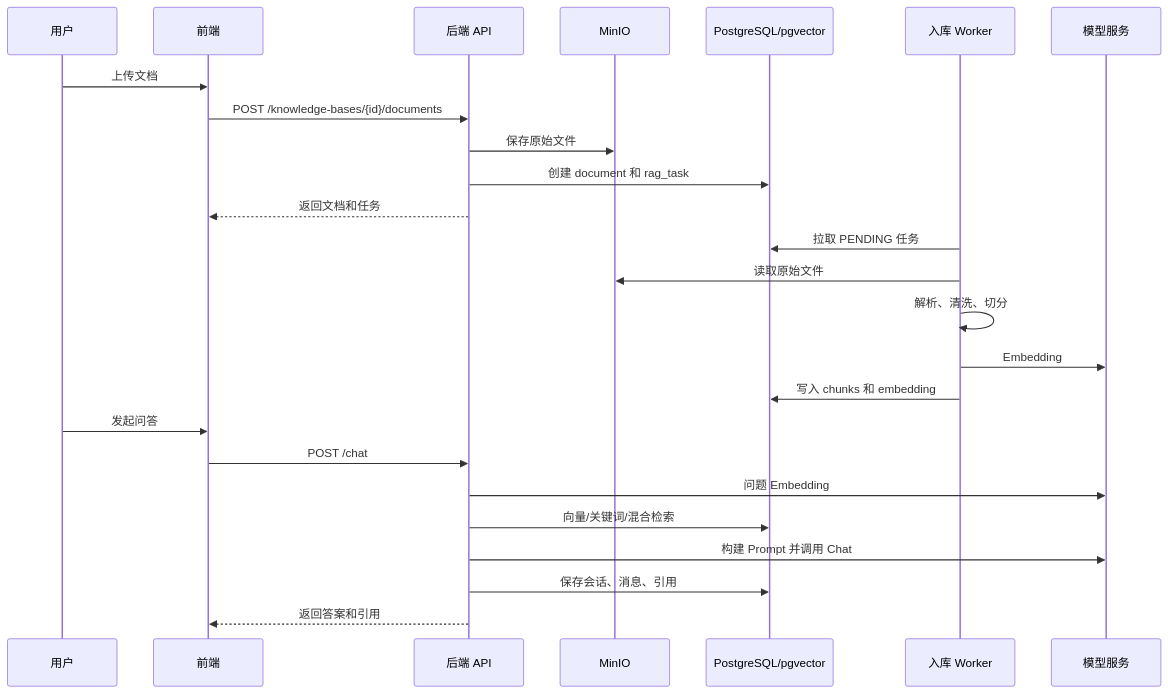
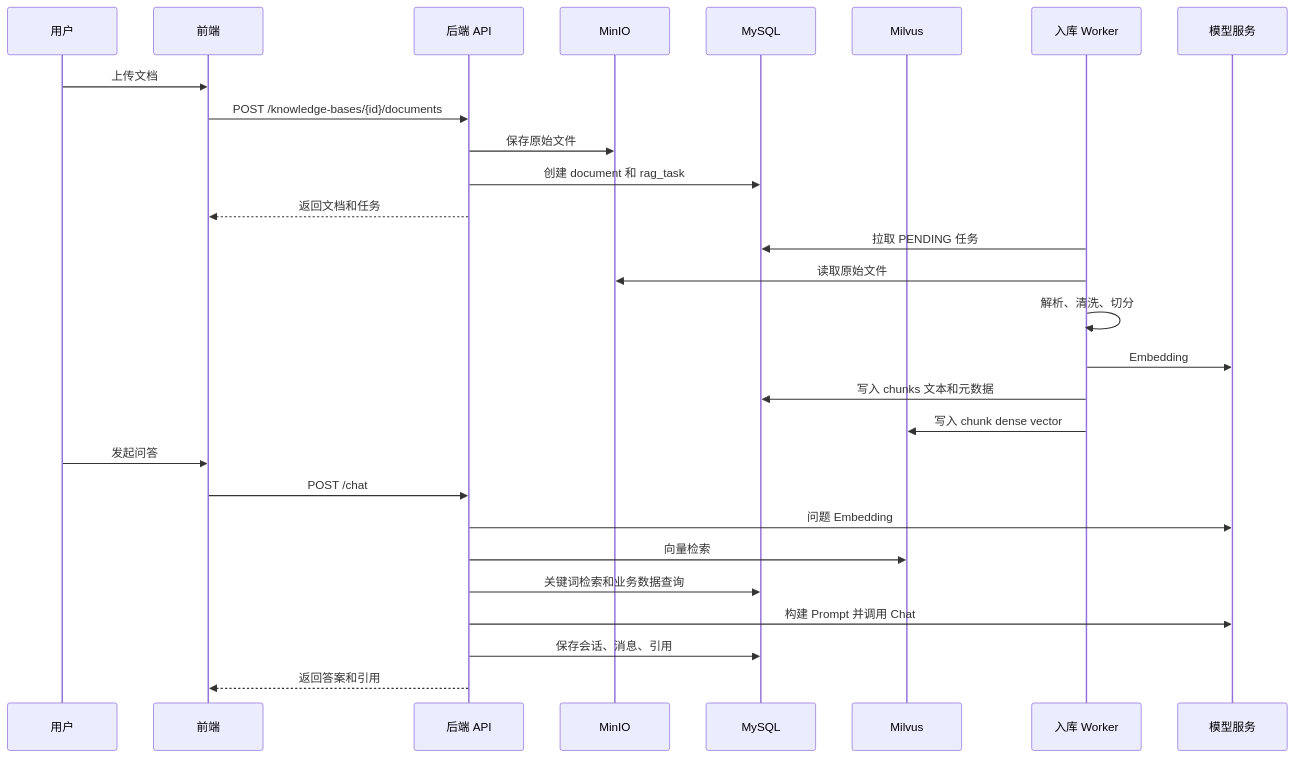
Before and after one commit to sbw-better/rag-knowledge-base: the second of 2 diagrams in docs/02-architecture.md, drawn with Mermaid. The commit also changed other lines of this file and 88 other files, not shown here.

````diff
--- a/docs/02-architecture.md
+++ b/docs/02-architecture.md
@@ -22,28 +24,31 @@
 ```mermaid
 sequenceDiagram
   participant User as 用户
   participant FE as 前端
   participant API as 后端 API
   participant MinIO as MinIO
-  participant DB as PostgreSQL/pgvector
+  participant DB as MySQL
+  participant VDB as Milvus
   participant Worker as 入库 Worker
   participant Model as 模型服务
 
   User->>FE: 上传文档
   FE->>API: POST /knowledge-bases/{id}/documents
   API->>MinIO: 保存原始文件
   API->>DB: 创建 document 和 rag_task
   API-->>FE: 返回文档和任务
   Worker->>DB: 拉取 PENDING 任务
   Worker->>MinIO: 读取原始文件
   Worker->>Worker: 解析、清洗、切分
   Worker->>Model: Embedding
-  Worker->>DB: 写入 chunks 和 embedding
+  Worker->>DB: 写入 chunks 文本和元数据
+  Worker->>VDB: 写入 chunk dense vector
   User->>FE: 发起问答
   FE->>API: POST /chat
   API->>Model: 问题 Embedding
-  API->>DB: 向量/关键词/混合检索
+  API->>VDB: 向量检索
+  API->>DB: 关键词检索和业务数据查询
   API->>Model: 构建 Prompt 并调用 Chat
   API->>DB: 保存会话、消息、引用
   API-->>FE: 返回答案和引用
 ```
````
